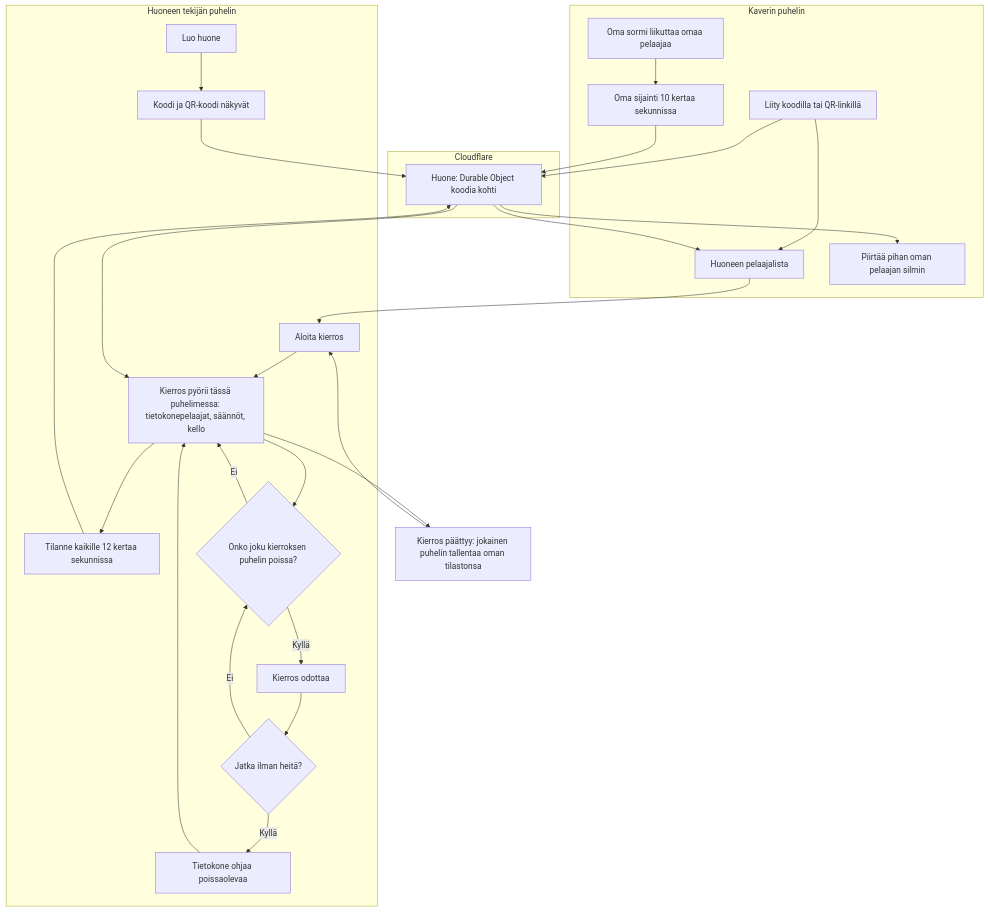
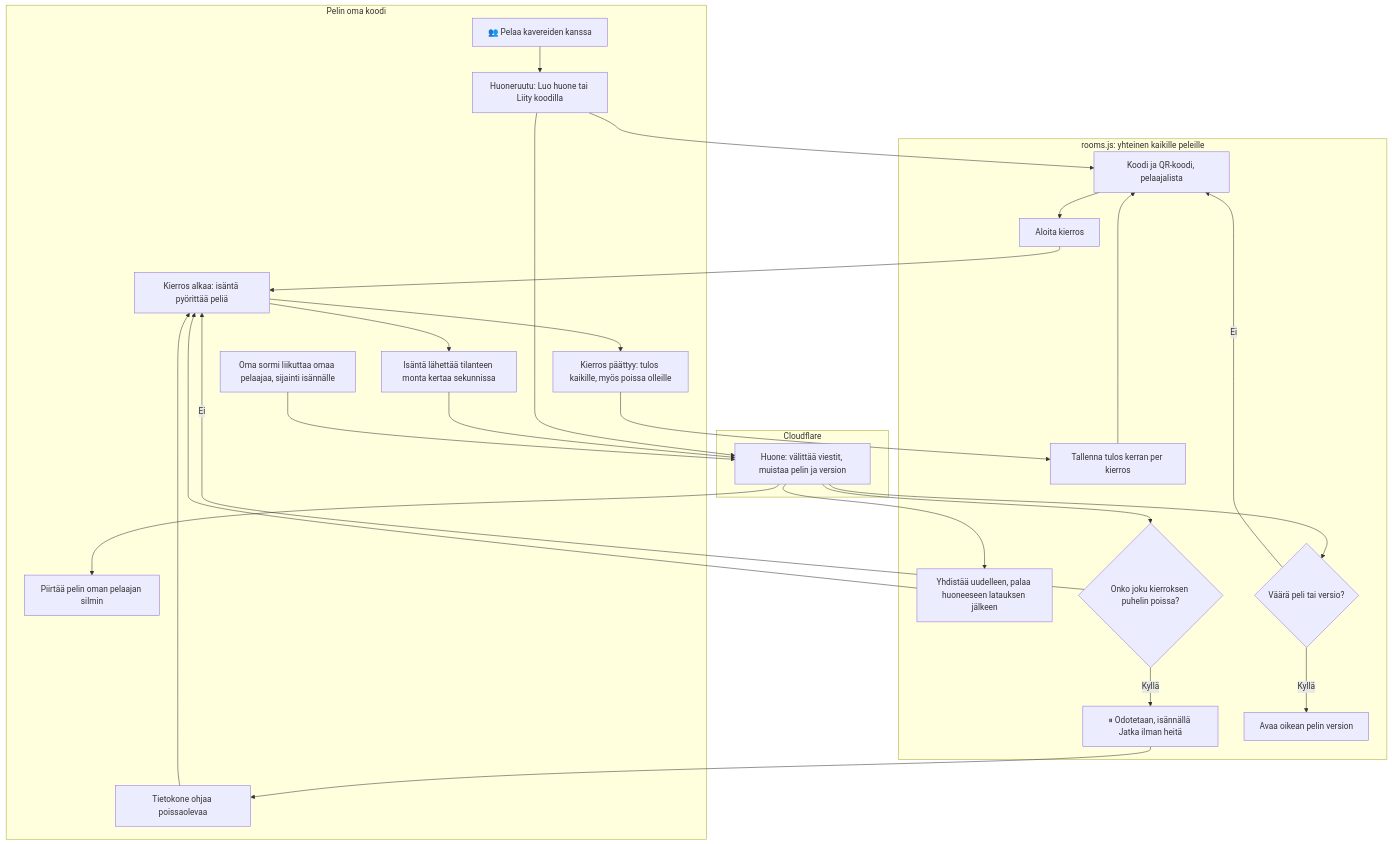
One commit to eerovil/ai-pelit changed the diagram in docs/diagrams/moninpeli.md. Above: the diagram before and after it, drawn with Mermaid. The commit also changed other lines of this file and 9 other files, not shown here.

````diff
--- a/docs/diagrams/moninpeli.md
+++ b/docs/diagrams/moninpeli.md
@@ -8,40 +10,45 @@
 ```mermaid
 flowchart TD
-  subgraph Huoneen tekijän puhelin
-    A[Luo huone] --> B[Koodi ja QR-koodi näkyvät]
-    G[Aloita kierros] --> H[Kierros pyörii tässä puhelimessa: tietokonepelaajat, säännöt, kello]
-    H --> I[Tilanne kaikille 12 kertaa sekunnissa]
-    P{Onko joku kierroksen puhelin poissa?}
-    P -- Kyllä --> Q[Kierros odottaa]
-    Q --> R{Jatka ilman heitä?}
-    R -- Kyllä --> S[Tietokone ohjaa poissaolevaa]
-    R -- Ei --> P
-    P -- Ei --> H
-    S --> H
+  subgraph Peli[Pelin oma koodi]
+    G1[👥 Pelaa kavereiden kanssa] --> L1
+    G2[Kierros alkaa: isäntä pyörittää peliä] --> G3[Isäntä lähettää tilanteen monta kertaa sekunnissa]
+    G6[Oma sormi liikuttaa omaa pelaajaa, sijainti isännälle]
+    G4[Piirtää pelin oman pelaajan silmin]
+    G5[Kierros päättyy: tulos kaikille, myös poissa olleille]
+    G7[Tietokone ohjaa poissaolevaa]
+  end
+  subgraph Lib[rooms.js: yhteinen kaikille peleille]
+    L1[Huoneruutu: Luo huone tai Liity koodilla] --> L2[Koodi ja QR-koodi, pelaajalista]
+    L2 --> L3[Aloita kierros]
+    L4[Yhdistää uudelleen, palaa huoneeseen latauksen jälkeen]
+    L5{Onko joku kierroksen puhelin poissa?}
+    L5 -- Kyllä --> L6[⏸ Odotetaan, isännällä Jatka ilman heitä]
+    L7[Tallenna tulos kerran per kierros]
+    L8{Väärä peli tai versio?}
+    L8 -- Kyllä --> L9[Avaa oikean pelin version]
   end
   subgraph Cloudflare
-    C[Huone: Durable Object koodia kohti]
+    C1[Huone: välittää viestit, muistaa pelin ja version]
   end
-  subgraph Kaverin puhelin
-    D[Liity koodilla tai QR-linkillä] --> E[Huoneen pelaajalista]
-    J[Oma sormi liikuttaa omaa pelaajaa] --> K[Oma sijainti 10 kertaa sekunnissa]
-    L[Piirtää pihan oman pelaajan silmin]
-  end
-  B --> C
-  D --> C
-  C --> E
-  E --> G
-  I --> C
-  C --> L
-  K --> C
-  C --> H
-  H --> P
-  H --> T[Kierros päättyy: jokainen puhelin tallentaa oman tilastonsa]
-  T --> G
-  class A,D,B,E blue
-  class C violet
-  class G,H,I,T teal
-  class J,K,L green
-  class P,R amber
-  class Q,S rose
+  L1 --> C1
+  C1 --> L8
+  L8 -- Ei --> L2
+  L3 --> G2
+  G3 --> C1
+  G6 --> C1
+  C1 --> G4
+  C1 --> L4
+  L4 --> G2
+  C1 --> L5
+  L5 -- Ei --> G2
+  L6 --> G7
+  G7 --> G2
+  G2 --> G5
+  G5 --> L7
+  L7 --> L2
+  class G1,G2,G3,G4,G5,G6 teal
+  class L1,L2,L3,L4,L7,L9 blue
+  class C1 violet
+  class L5,L8 amber
+  class L6,G7 rose
 ```
````
